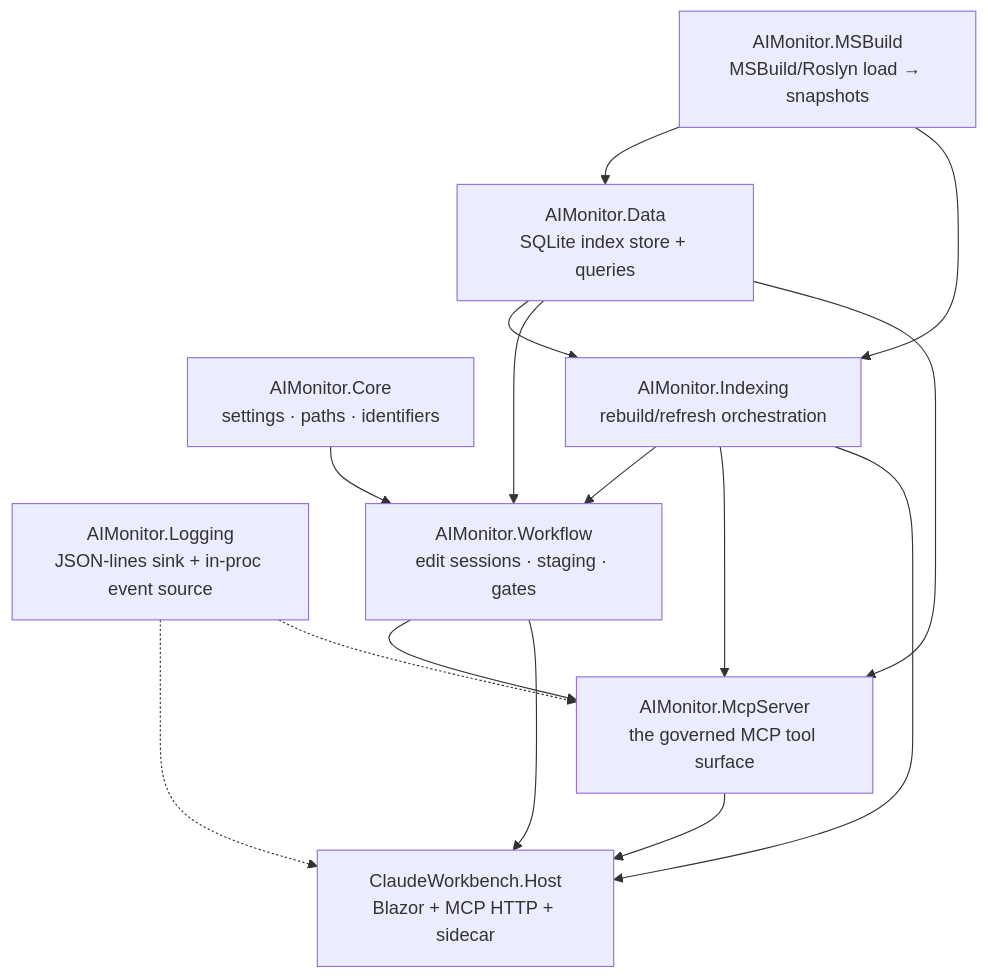
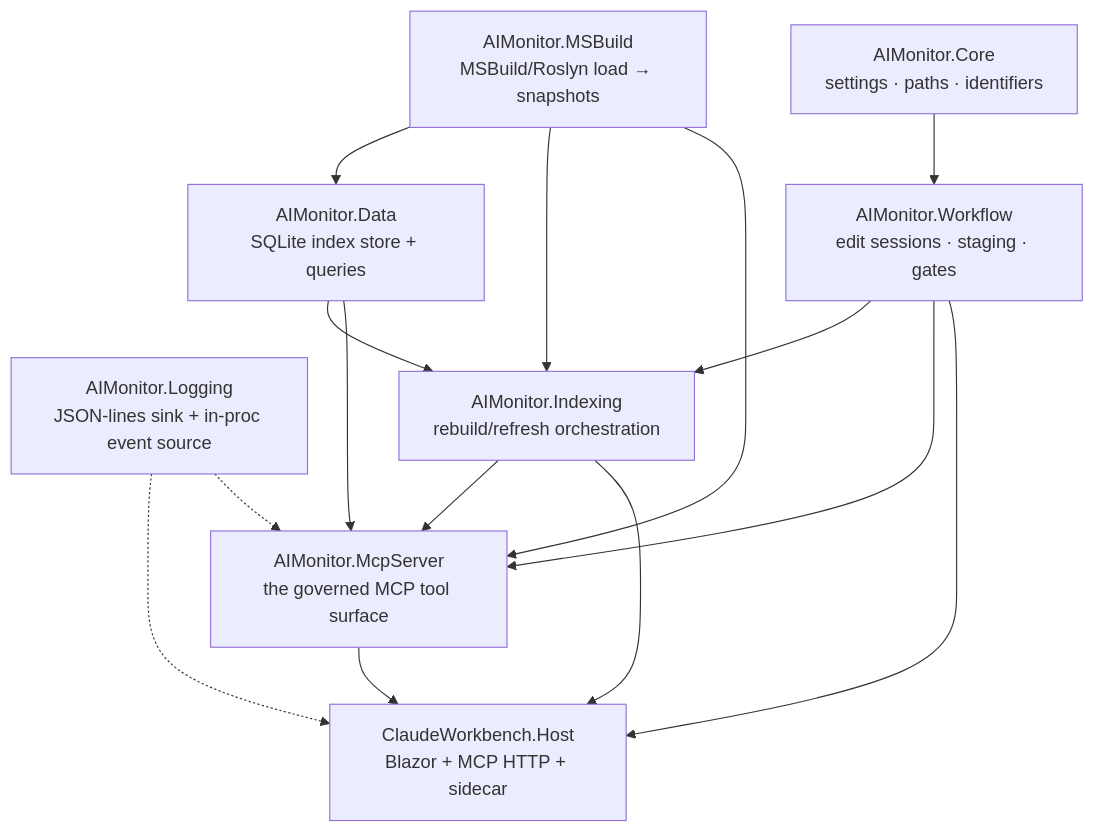
The fifth of 5 diagrams in docs/architecture/Architecture.md (rdavi10471a2/ClaudeWorkbench), drawn with Mermaid before and after one commit. The commit also changed other lines of this file and 3 other files, not shown here.

````diff
--- a/docs/architecture/Architecture.md
+++ b/docs/architecture/Architecture.md
@@ -254,26 +260,26 @@
 ```mermaid
 flowchart TD
     Core[AIMonitor.Core<br/>settings · paths · identifiers]
     Logging[AIMonitor.Logging<br/>JSON-lines sink + in-proc event source]
     MSBuild[AIMonitor.MSBuild<br/>MSBuild/Roslyn load → snapshots]
     Data[AIMonitor.Data<br/>SQLite index store + queries]
     Indexing[AIMonitor.Indexing<br/>rebuild/refresh orchestration]
     Workflow[AIMonitor.Workflow<br/>edit sessions · staging · gates]
     Mcp[AIMonitor.McpServer<br/>the governed MCP tool surface]
     Host[ClaudeWorkbench.Host<br/>Blazor + MCP HTTP + sidecar]
 
     MSBuild --> Data
     MSBuild --> Indexing
     Data --> Indexing
     Core --> Workflow
-    Data --> Workflow
-    Indexing --> Workflow
+    Workflow --> Indexing
     Workflow --> Mcp
     Indexing --> Mcp
     Data --> Mcp
+    MSBuild --> Mcp
     Mcp --> Host
     Workflow --> Host
     Indexing --> Host
     Logging -.-> Host
     Logging -.-> Mcp
 ```
````
